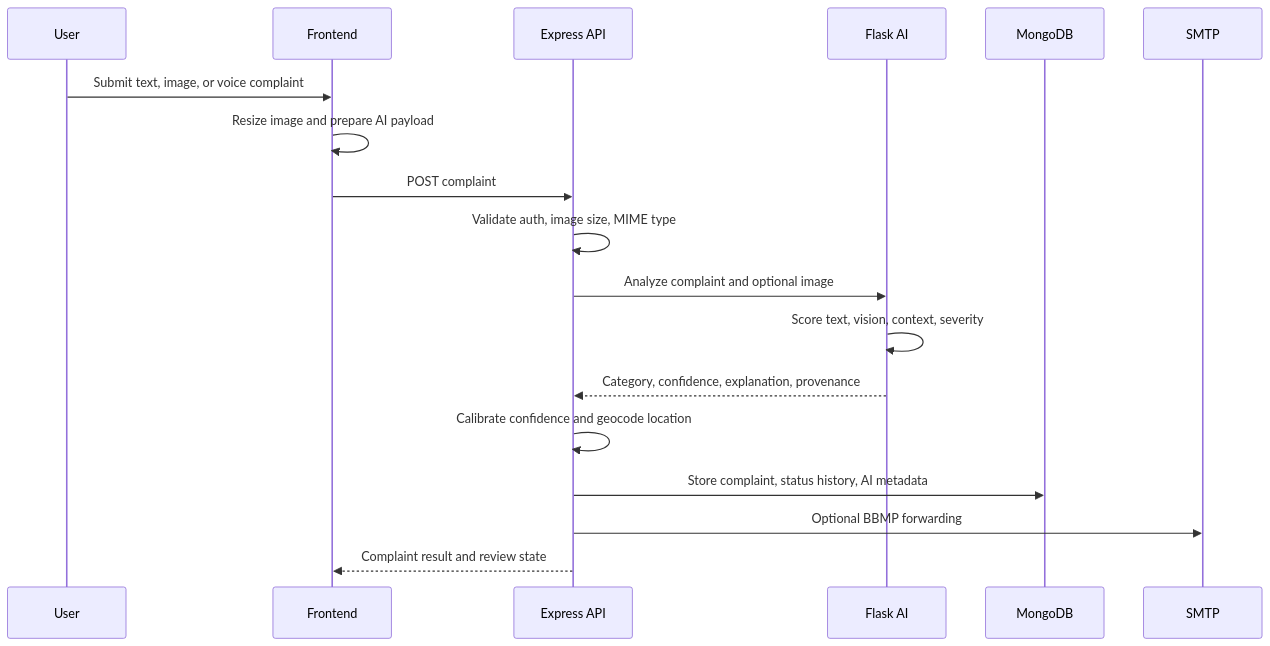
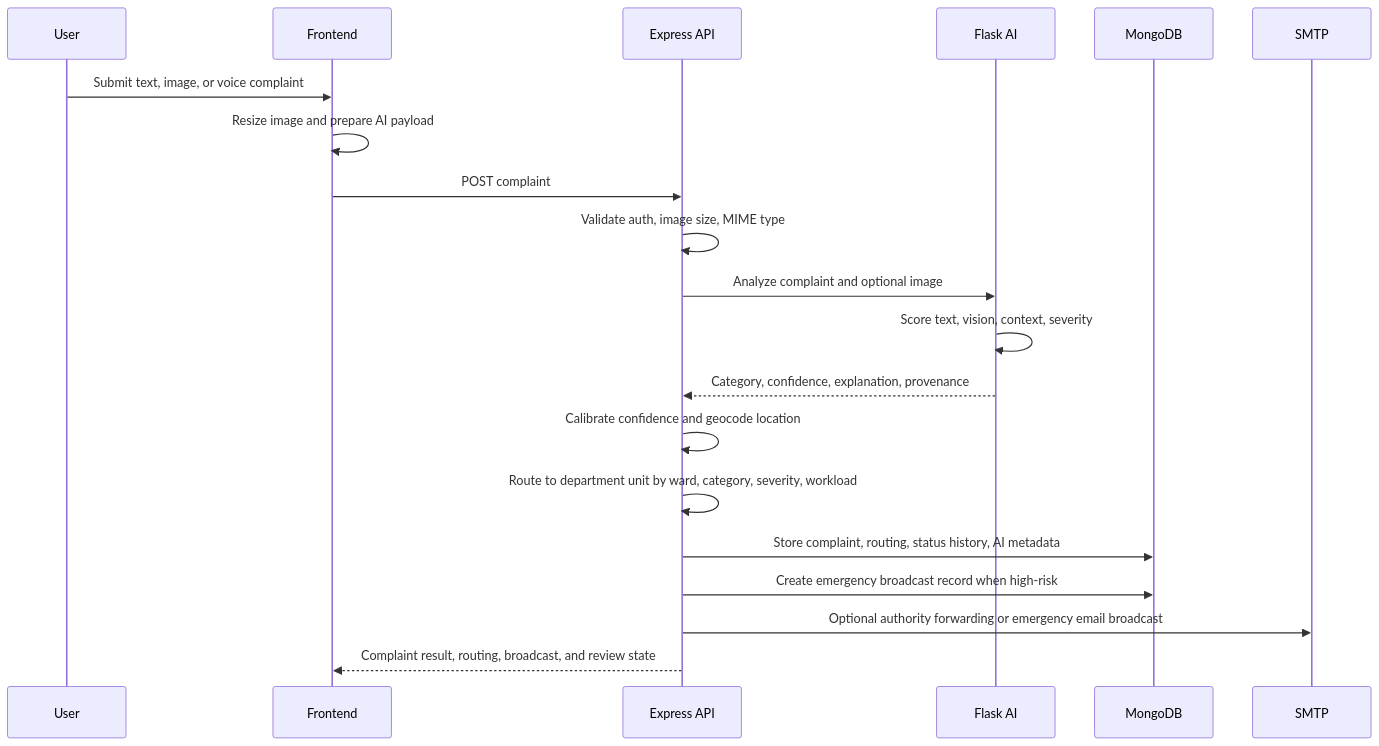
One commit to Shreyas0047/Urban-Pulse-Ai changed the second of 2 diagrams in README.md. Above: the diagram before and after it, drawn with Mermaid. The commit also changed other lines of this file and 11 other files, not shown here.

````diff
--- a/README.md
+++ b/README.md
@@ -50,21 +50,23 @@
 ```mermaid
 sequenceDiagram
     participant U as User
     participant FE as Frontend
     participant API as Express API
     participant AI as Flask AI
     participant DB as MongoDB
     participant Mail as SMTP
 
     U->>FE: Submit text, image, or voice complaint
     FE->>FE: Resize image and prepare AI payload
     FE->>API: POST complaint
     API->>API: Validate auth, image size, MIME type
     API->>AI: Analyze complaint and optional image
     AI->>AI: Score text, vision, context, severity
     AI-->>API: Category, confidence, explanation, provenance
     API->>API: Calibrate confidence and geocode location
-    API->>DB: Store complaint, status history, AI metadata
-    API->>Mail: Optional BBMP forwarding
-    API-->>FE: Complaint result and review state
+    API->>API: Route to department unit by ward, category, severity, workload
+    API->>DB: Store complaint, routing, status history, AI metadata
+    API->>DB: Create emergency broadcast record when high-risk
+    API->>Mail: Optional authority forwarding or emergency email broadcast
+    API-->>FE: Complaint result, routing, broadcast, and review state
 ```
````
